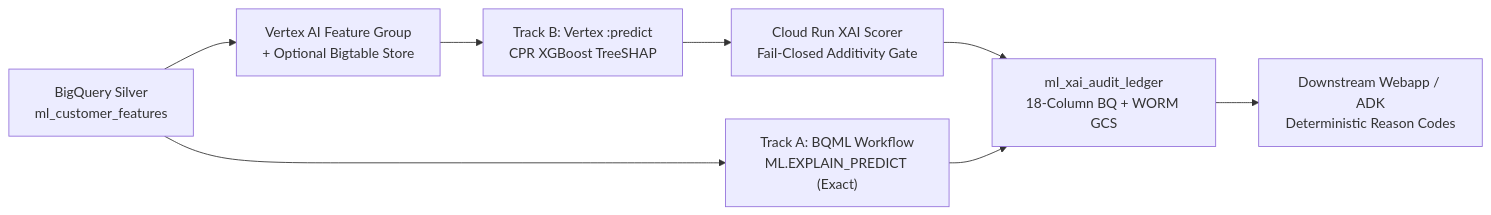
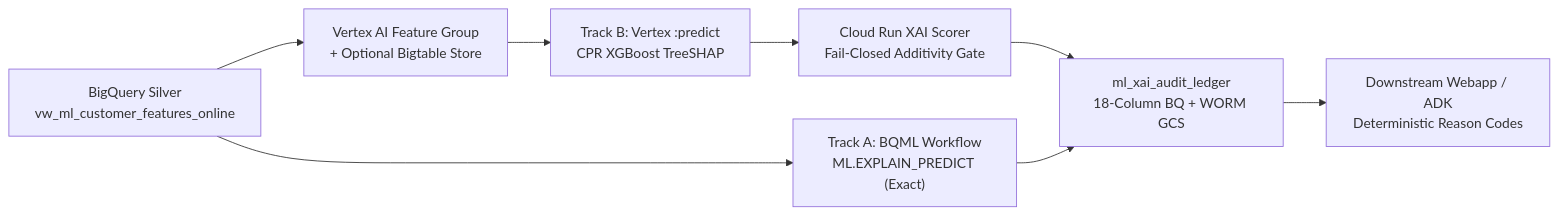
The diagram in README.md (choo737/gcp-data-science), drawn with Mermaid before and after one commit. The commit also changed 16 other files, not shown here.

Commit message:
Add lazy PSC endpoint IP discovery, online feature view default, and runtime hardening

````diff
--- a/README.md
+++ b/README.md
@@ -42,10 +42,10 @@
 ```mermaid
 flowchart LR
-  SILVER["BigQuery Silver<br/>ml_customer_features"] --> FG["Vertex AI Feature Group<br/>+ Optional Bigtable Store"]
+  SILVER["BigQuery Silver<br/>vw_ml_customer_features_online"] --> FG["Vertex AI Feature Group<br/>+ Optional Bigtable Store"]
   SILVER --> TRACKA["Track A: BQML Workflow<br/>ML.EXPLAIN_PREDICT (Exact)"]
   FG --> TRACKB["Track B: Vertex :predict<br/>CPR XGBoost TreeSHAP"]
   TRACKB --> SCORER["Cloud Run XAI Scorer<br/>Fail-Closed Additivity Gate"]
   SCORER --> LEDGER["ml_xai_audit_ledger<br/>18-Column BQ + WORM GCS"]
   TRACKA --> LEDGER
   LEDGER --> AGENT["Downstream Webapp / ADK<br/>Deterministic Reason Codes"]
 ```
````
